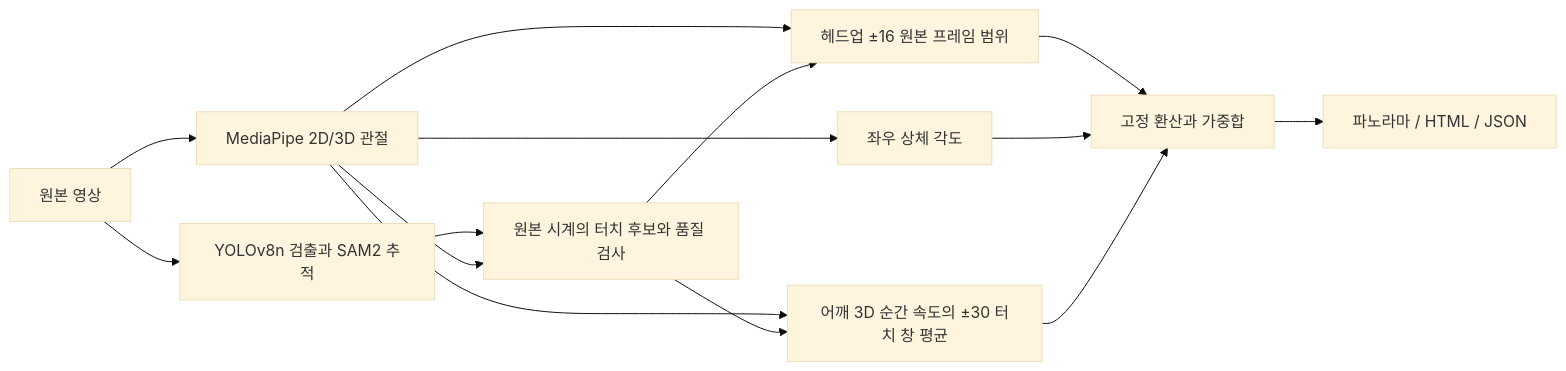
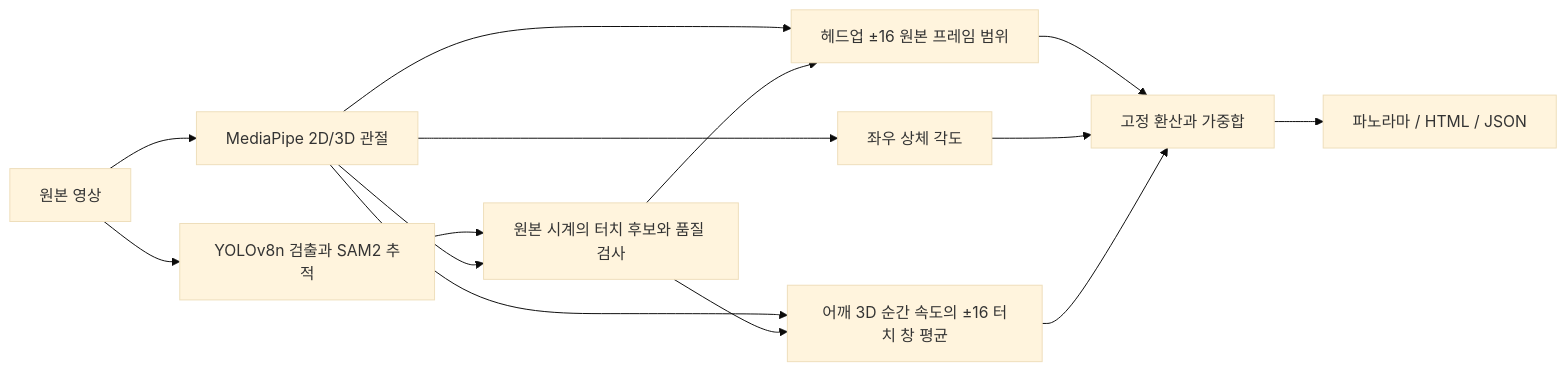
Before and after one commit to jiwoo1105/soccer_motion_analysis: the diagram in docs/methods.md, drawn with Mermaid (base theme). The commit also changed other lines of this file and 20 other files, not shown here.

````diff
--- a/docs/methods.md
+++ b/docs/methods.md
@@ -7,16 +7,16 @@
 ```mermaid
 flowchart LR
   A[원본 영상] --> B[MediaPipe 2D/3D 관절]
   A --> C[YOLOv8n 검출과 SAM2 추적]
   C --> D[원본 시계의 터치 후보와 품질 검사]
   B --> D
   B --> I[헤드업 ±16 원본 프레임 범위]
   D --> I
   B --> E[좌우 상체 각도]
-  B --> F[어깨 3D 순간 속도의 ±30 터치 창 평균]
+  B --> F[어깨 3D 순간 속도의 ±16 터치 창 평균]
   D --> F
   I --> G[고정 환산과 가중합]
   E --> G
   F --> G
   G --> H[파노라마 / HTML / JSON]
 ```
````
